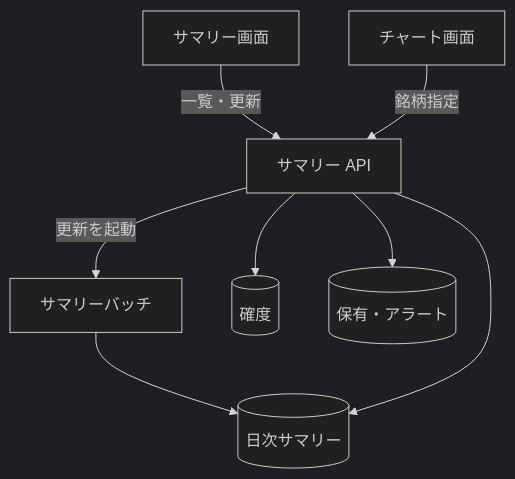
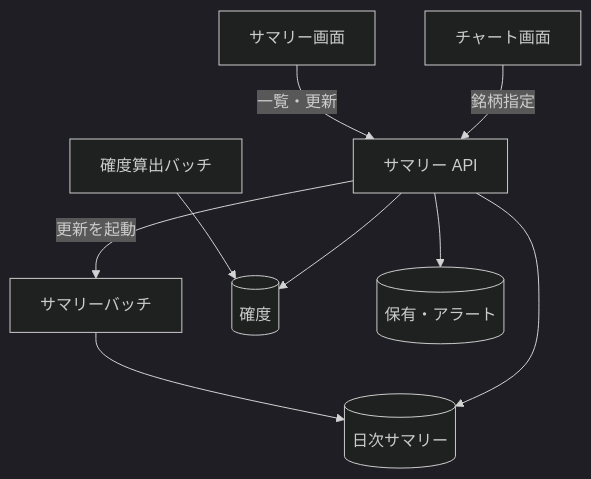
One commit to nagiyu/nagiyu-platform changed the second of 2 diagrams in docs/specs/stock-tracker/api/summaries.md. Above: the diagram before and after it, drawn with Mermaid (dark theme). The commit also changed other lines of this file and 26 other files, not shown here.

````diff
--- a/docs/specs/stock-tracker/api/summaries.md
+++ b/docs/specs/stock-tracker/api/summaries.md
@@ -81,10 +81,11 @@
 ```mermaid
 flowchart TD
     S1[サマリー画面] -->|一覧・更新| A[サマリー API]
     S2[チャート画面] -->|銘柄指定| A
     A -->|更新を起動| B[サマリーバッチ]
     B --> D[(日次サマリー)]
     A --> D
-    A --> F[(確度)]
+    B2[確度算出バッチ] --> F[(確度)]
+    A --> F
     A --> H[(保有・アラート)]
 ```
````
